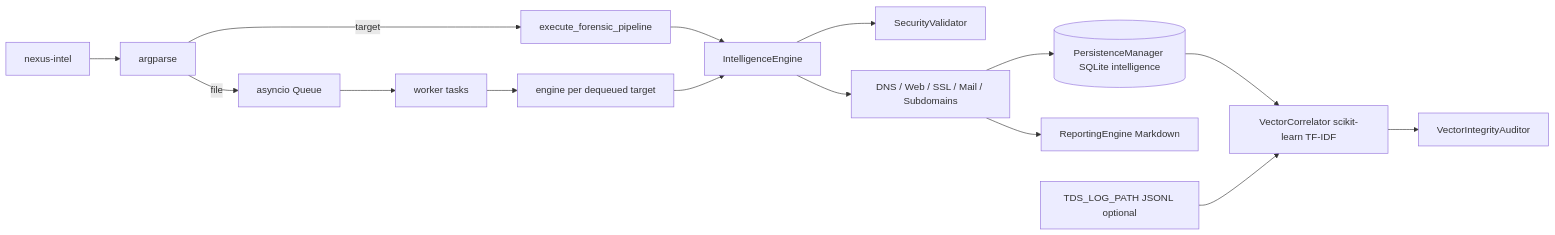
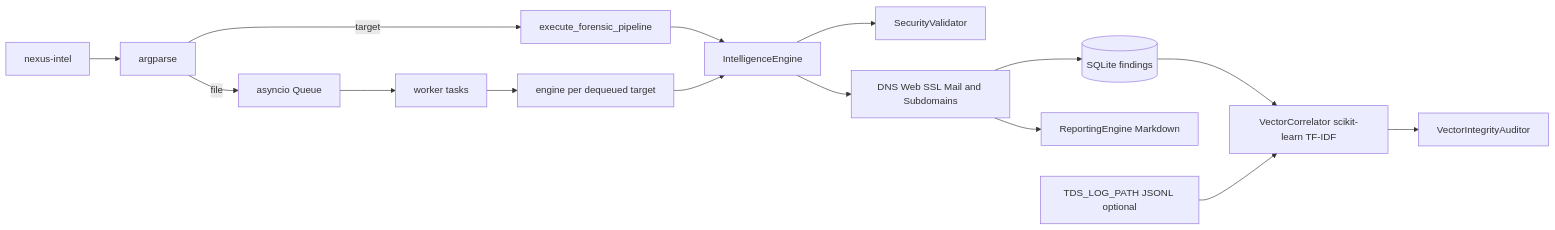
Before and after one commit to genesisgzdev/nexus-intelligence: the first of 3 diagrams in docs/ARCHITECTURE.md, drawn with Mermaid. The commit also changed other lines of this file, not shown here.

Commit message:
Fix GitHub Mermaid diagrams

```diff
--- a/docs/ARCHITECTURE.md
+++ b/docs/ARCHITECTURE.md
@@ -11,17 +11,17 @@
 ~~~mermaid
 flowchart LR
     CMD[nexus-intel] --> ARG[argparse]
     ARG -->|target| ONE[execute_forensic_pipeline]
     ARG -->|file| Q[asyncio Queue]
     Q --> W[worker tasks]
     W --> BT[engine per dequeued target]
     ONE --> E[IntelligenceEngine]
     BT --> E
     E --> SAFE[SecurityValidator]
-    E --> MOD[DNS / Web / SSL / Mail / Subdomains]
-    MOD --> DB[(PersistenceManager SQLite intelligence)]
+    E --> MOD[DNS Web SSL Mail and Subdomains]
+    MOD --> DB[(SQLite findings)]
     MOD --> REP[ReportingEngine Markdown]
     DB --> V[VectorCorrelator scikit-learn TF-IDF]
     TDS[TDS_LOG_PATH JSONL optional] --> V
     V --> AUD[VectorIntegrityAuditor]
 ~~~
```
